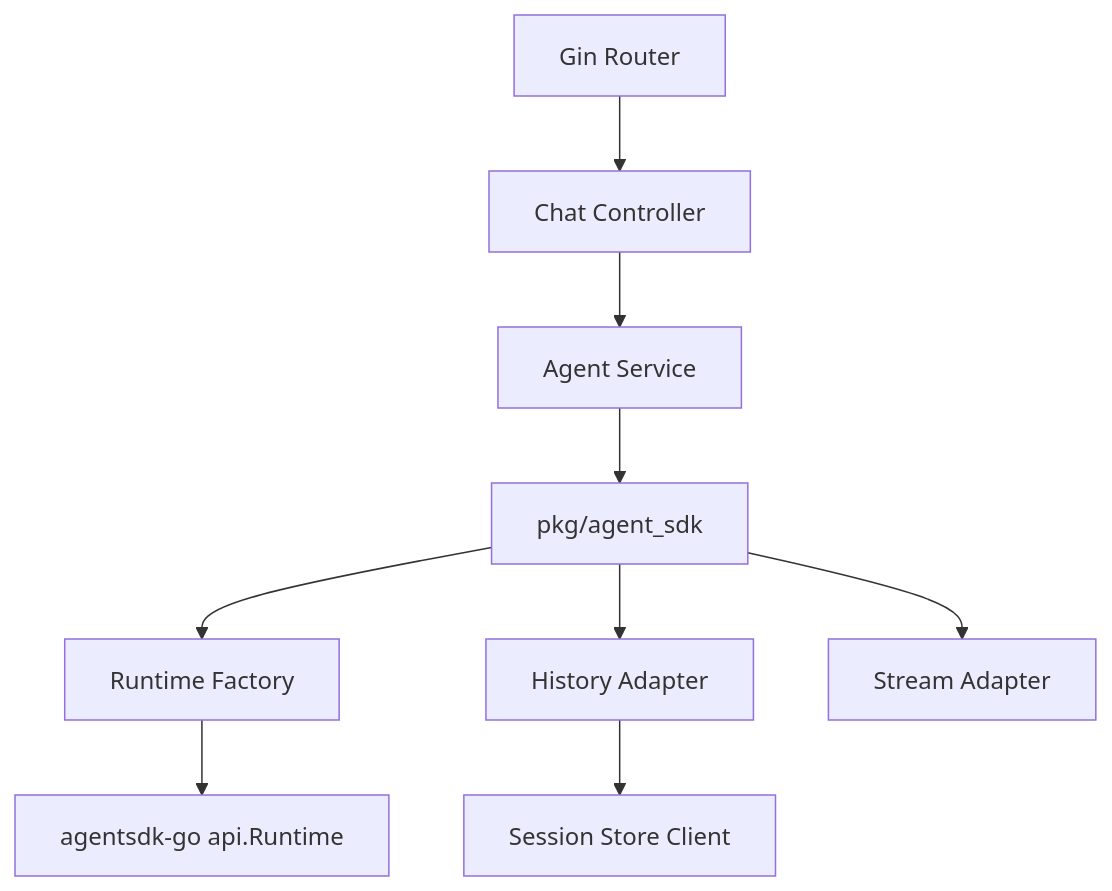
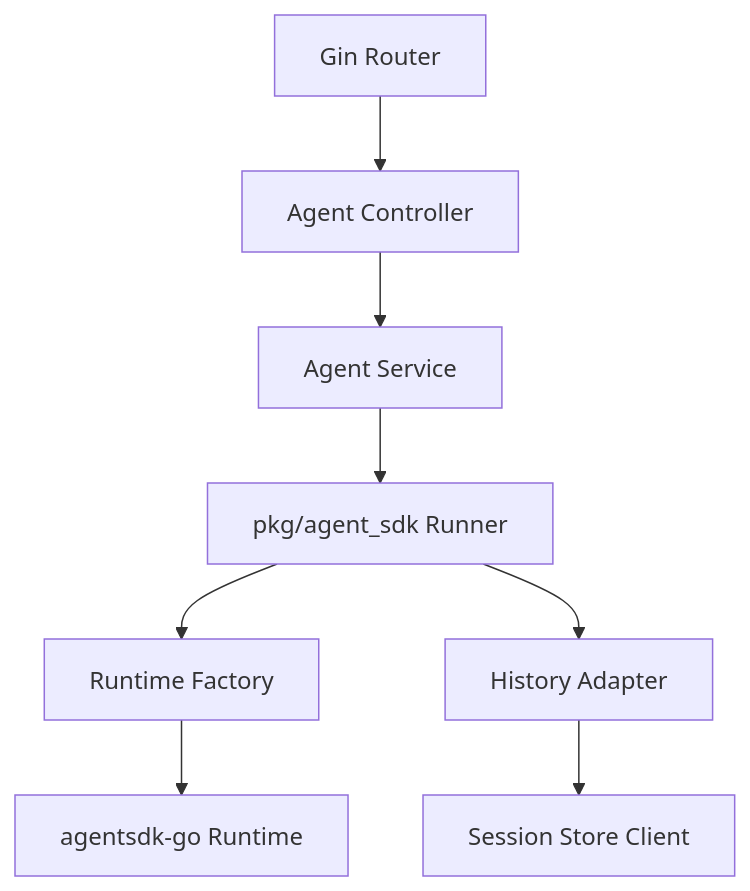
Before and after one commit to issueye/icoo_claw: the second of 5 diagrams in docs/ai-agent-platform/02-architecture.md, drawn with Mermaid. The commit also changed other lines of this file and 60 other files, not shown here.

````diff
--- a/docs/ai-agent-platform/02-architecture.md
+++ b/docs/ai-agent-platform/02-architecture.md
@@ -116,11 +80,10 @@
 ```mermaid
 flowchart TB
-  Router["Gin Router"] --> Controller["Chat Controller"]
+  Router["Gin Router"] --> Controller["Agent Controller"]
   Controller --> AgentService["Agent Service"]
-  AgentService --> AgentSDK["pkg/agent_sdk"]
-  AgentSDK --> RuntimeFactory["Runtime Factory"]
-  AgentSDK --> HistoryAdapter["History Adapter"]
-  AgentSDK --> StreamAdapter["Stream Adapter"]
+  AgentService --> Runner["pkg/agent_sdk Runner"]
+  Runner --> RuntimeFactory["Runtime Factory"]
+  Runner --> HistoryAdapter["History Adapter"]
   HistoryAdapter --> SessionClient["Session Store Client"]
-  RuntimeFactory --> SDK["agentsdk-go api.Runtime"]
+  RuntimeFactory --> SDK["agentsdk-go Runtime"]
 ```
````
